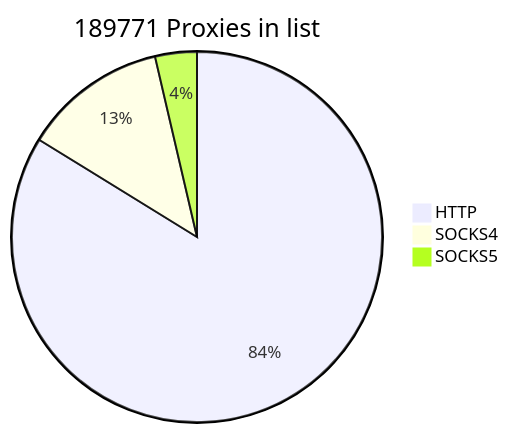
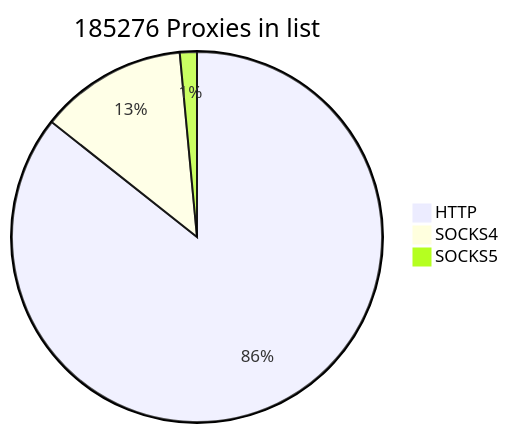
One commit to cutipu/proxylist changed the first of 2 diagrams in README.md. Above: the diagram before and after it, drawn with Mermaid. The commit also changed other lines of this file, not shown here.

````diff
--- a/README.md
+++ b/README.md
@@ -2,7 +2,7 @@
 ```mermaid
-pie title 189771 Proxies in list
-    "HTTP" : 159002
-    "SOCKS4" : 23859
-    "SOCKS5" : 6910
+pie title 185276 Proxies in list
+    "HTTP" : 158704
+    "SOCKS4" : 23816
+    "SOCKS5" : 2756
             
 ```
````
